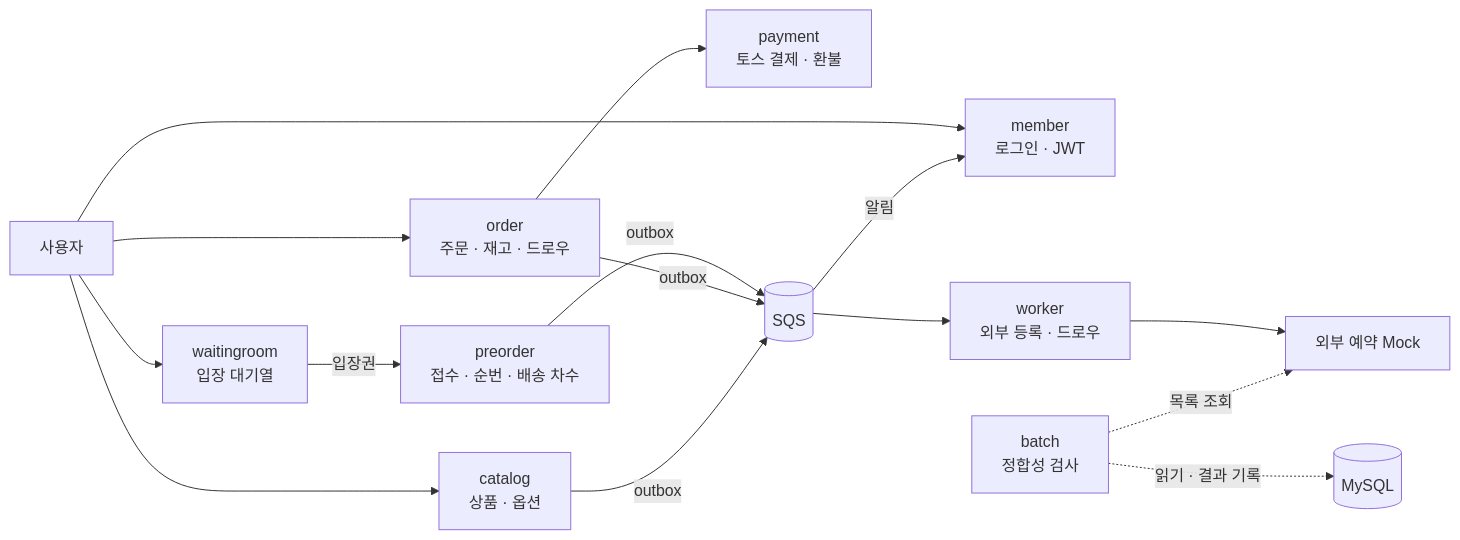
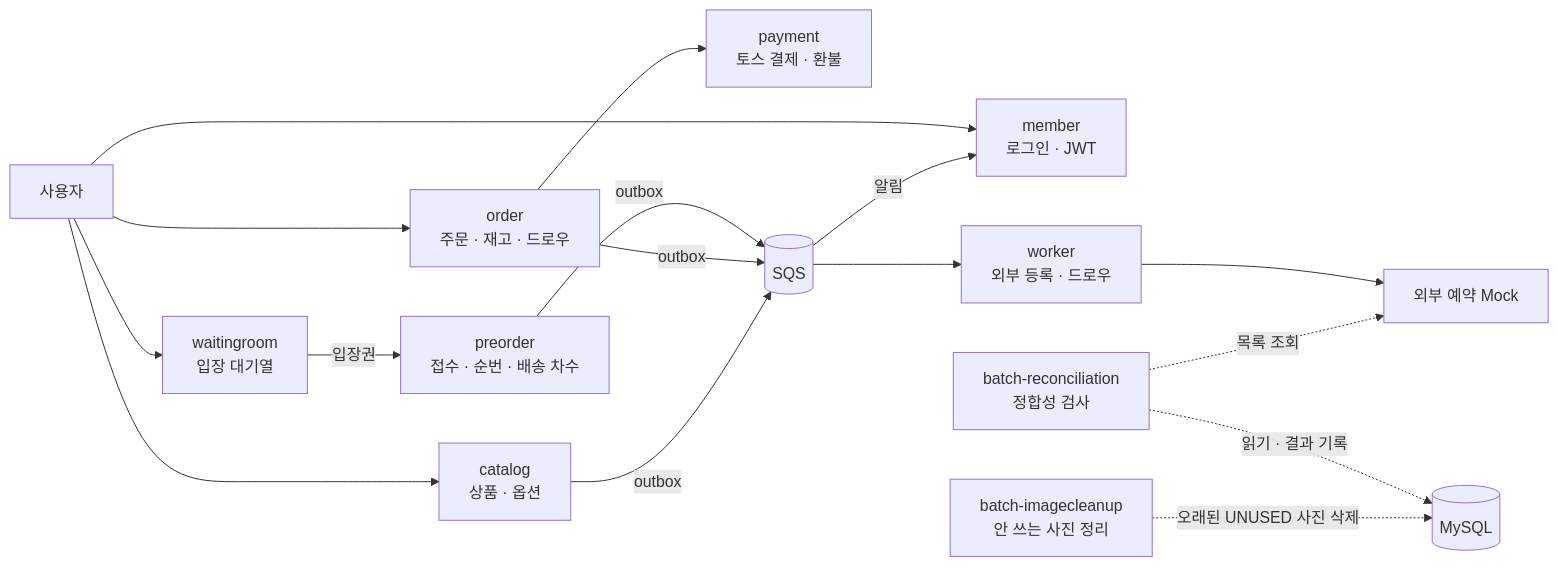
The first of 3 diagrams in README.md (Grandis-2/be), drawn with Mermaid before and after one commit. The commit also changed other lines of this file and 125 other files, not shown here.

Commit message:
refactor(NV-757): batch 를 정합성 검사 · 사진 정리 두 서비스로 나눈다 — 한 앱이라 한쪽 설정이 어긋나면 다른 쪽도 뜨지 못했다

````diff
--- a/README.md
+++ b/README.md
@@ -53,19 +53,20 @@
 ```mermaid
 flowchart LR
     U[사용자] --> WR[waitingroom<br/>입장 대기열]
     WR -- 입장권 --> PO[preorder<br/>접수 · 순번 · 배송 차수]
     U --> M[member<br/>로그인 · JWT]
     U --> C[catalog<br/>상품 · 옵션]
     U --> O[order<br/>주문 · 재고 · 드로우]
     O --> P[payment<br/>토스 결제 · 환불]
 
     PO -- outbox --> Q[(SQS)]
     O -- outbox --> Q
     C -- outbox --> Q
     Q --> W[worker<br/>외부 등록 · 드로우]
     Q -- 알림 --> M
     W --> X[외부 예약 Mock]
 
-    B[batch<br/>정합성 검사] -.읽기 · 결과 기록.-> DB[(MySQL)]
+    B[batch-reconciliation<br/>정합성 검사] -.읽기 · 결과 기록.-> DB[(MySQL)]
     B -.목록 조회.-> X
+    IC[batch-imagecleanup<br/>안 쓰는 사진 정리] -.오래된 UNUSED 사진 삭제.-> DB
 ```
````
